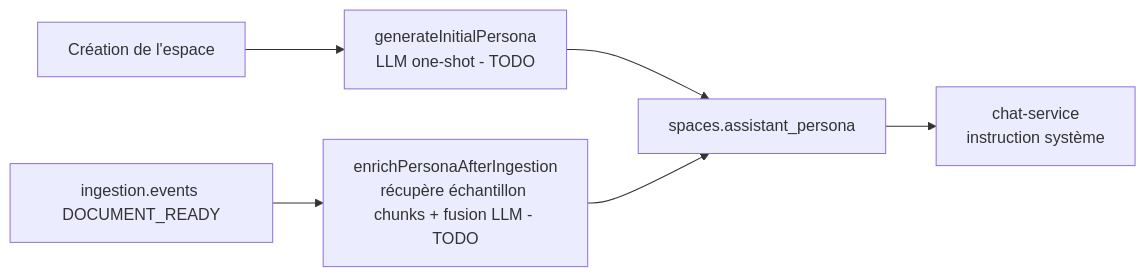
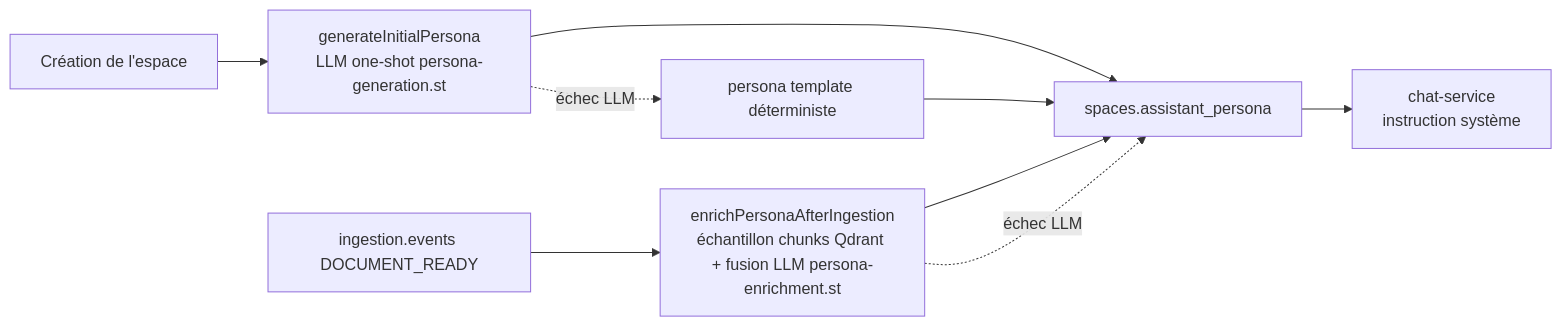
The second of 2 diagrams in space-service/README.md (MixMaster2005/TsimokaAI), drawn with Mermaid before and after one commit. The commit also changed other lines of this file and 34 other files, not shown here.

````diff
--- a/space-service/README.md
+++ b/space-service/README.md
@@ -59,8 +66,11 @@
 ```mermaid
 flowchart LR
-    A[Création de l'espace] --> B[generateInitialPersona<br/>LLM one-shot - TODO]
+    A[Création de l'espace] --> B[generateInitialPersona<br/>LLM one-shot persona-generation.st]
     B --> C[spaces.assistant_persona]
     C --> D[chat-service<br/>instruction système]
-    E[ingestion.events DOCUMENT_READY] --> F[enrichPersonaAfterIngestion<br/>récupère échantillon chunks + fusion LLM - TODO]
+    E[ingestion.events DOCUMENT_READY] --> F[enrichPersonaAfterIngestion<br/>échantillon chunks Qdrant + fusion LLM persona-enrichment.st]
     F --> C
+    B -. échec LLM .-> G[persona template déterministe]
+    G --> C
+    F -. échec LLM .-> C
 ```
````
